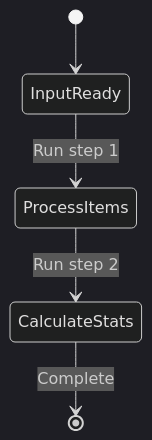
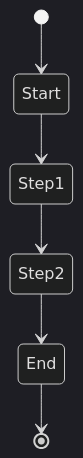
One commit to wisrovi/wpipe changed the fourth of 5 diagrams in examples/api_pipeline/03_no_api/README.md. Above: the diagram before and after it, drawn with Mermaid (dark theme). The commit also changed other lines of this file and 20 other files, not shown here.

First line of the commit message:
Simplify Mermaid diagrams for better rendering

````diff
--- a/examples/api_pipeline/03_no_api/README.md
+++ b/examples/api_pipeline/03_no_api/README.md
@@ -59,7 +53,8 @@
 ```mermaid
 stateDiagram-v2
-    [*] --> InputReady
-    InputReady --> ProcessItems: Run step 1
-    ProcessItems --> CalculateStats: Run step 2
-    CalculateStats --> [*]: Complete
+    [*] --> Start
+    Start --> Step1
+    Step1 --> Step2
+    Step2 --> End
+    End --> [*]
 ```
````
